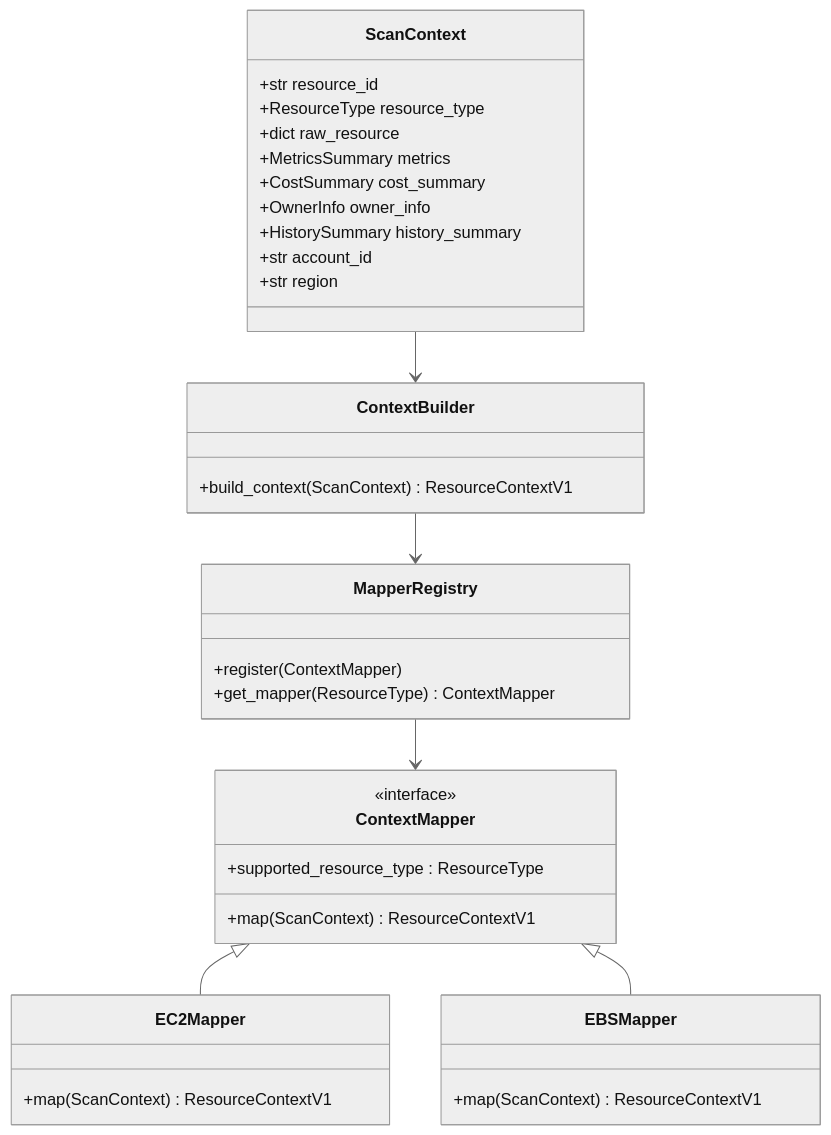
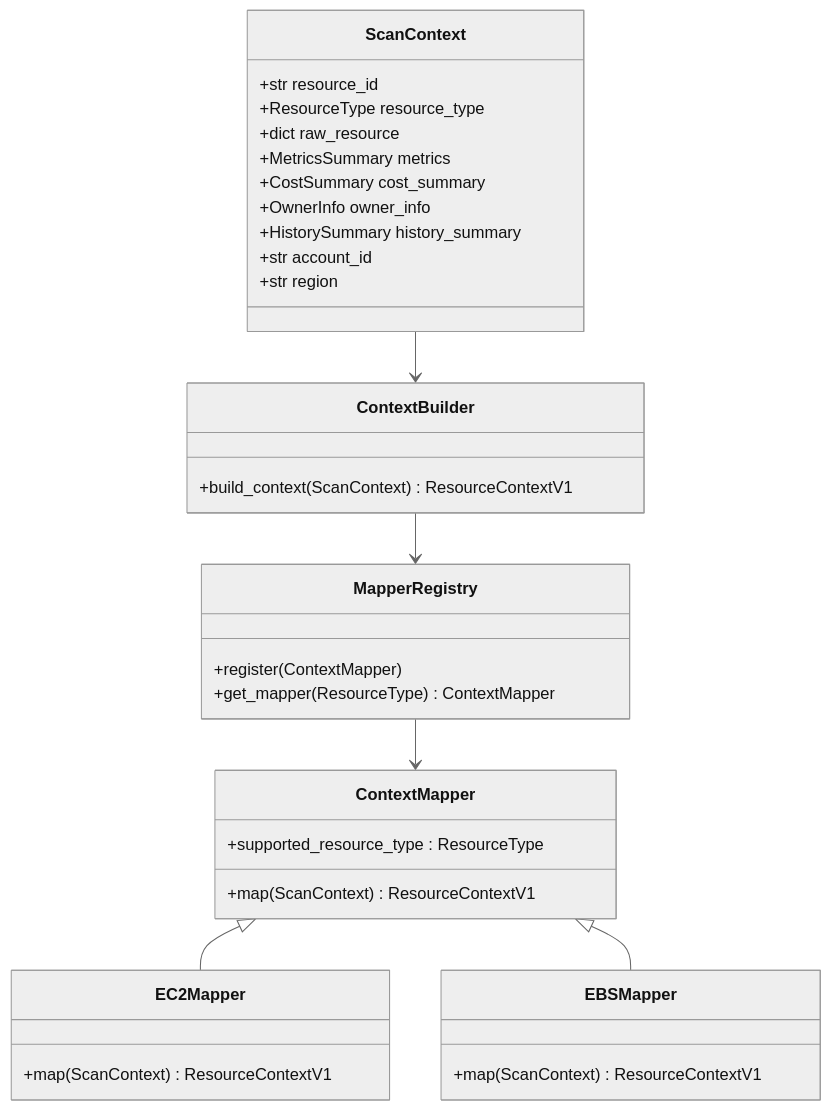
Before and after one commit to VaishnavSreekumar/sentinelfinops: the sixth of 11 diagrams in ARCHITECTURE.md, drawn with Mermaid (neutral theme). The commit also changed other lines of this file and 1 other file, not shown here.

Commit message:
docs: rewrite Mermaid diagrams to be 100% strict syntax compliant

````diff
--- a/ARCHITECTURE.md
+++ b/ARCHITECTURE.md
@@ -162,43 +149,42 @@
 ```mermaid
 classDiagram
     class ScanContext {
         +str resource_id
         +ResourceType resource_type
         +dict raw_resource
         +MetricsSummary metrics
         +CostSummary cost_summary
         +OwnerInfo owner_info
         +HistorySummary history_summary
         +str account_id
         +str region
     }
 
     class ContextMapper {
-        <<interface>>
         +supported_resource_type : ResourceType
         +map(ScanContext) ResourceContextV1
     }
 
     class EC2Mapper {
         +map(ScanContext) ResourceContextV1
     }
 
     class EBSMapper {
         +map(ScanContext) ResourceContextV1
     }
 
     class MapperRegistry {
         +register(ContextMapper)
         +get_mapper(ResourceType) ContextMapper
     }
 
     class ContextBuilder {
         +build_context(ScanContext) ResourceContextV1
     }
 
     ScanContext --> ContextBuilder
     ContextBuilder --> MapperRegistry
     MapperRegistry --> ContextMapper
     ContextMapper <|-- EC2Mapper
     ContextMapper <|-- EBSMapper
 ```
````
